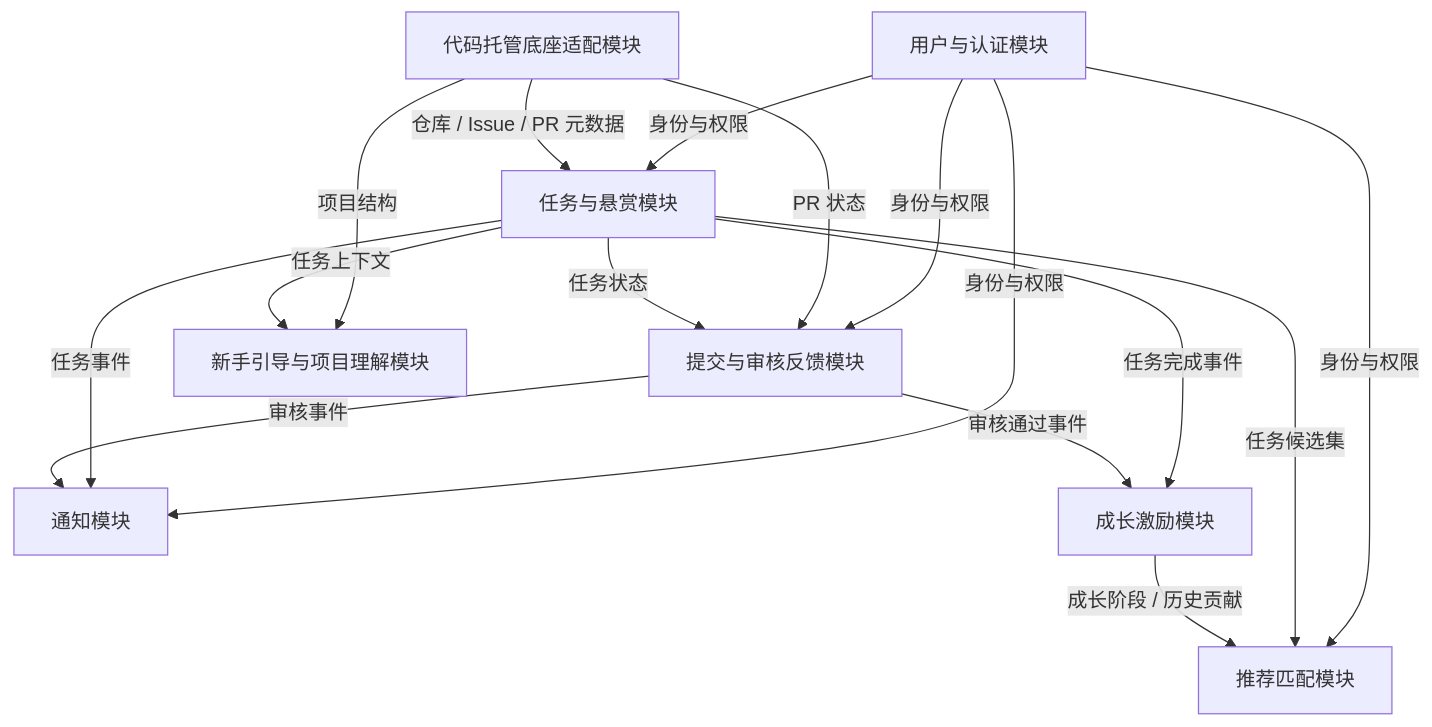
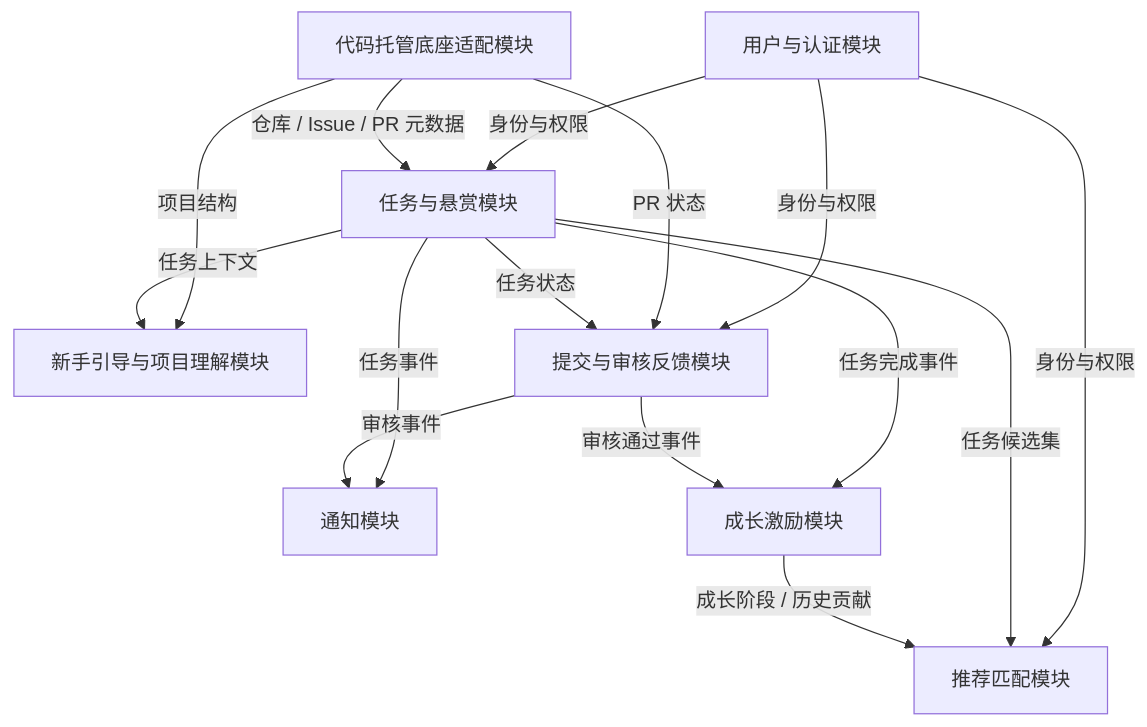
Before and after one commit to ZhenchangMin/Git-Guild: the third of 4 diagrams in docs/P2/架构设计文档.md, drawn with Mermaid. The commit also changed other lines of this file and 1 other file, not shown here.

````diff
--- a/docs/P2/架构设计文档.md
+++ b/docs/P2/架构设计文档.md
@@ -147,31 +151,33 @@
 ```mermaid
-flowchart TD
+flowchart TB
     Auth[用户与认证模块]
     Repo[代码托管底座适配模块]
+
     Task[任务与悬赏模块]
-    Rec[推荐匹配模块]
+    Guide[新手引导与项目理解模块]
     Review[提交与审核反馈模块]
-    Guide[新手引导与项目理解模块]
+
     Notify[通知模块]
     Growth[成长激励模块]
+    Rec[推荐匹配模块]
 
     Auth -->|身份与权限| Task
     Auth -->|身份与权限| Review
     Auth -->|身份与权限| Rec
-    Auth -->|身份与权限| Notify
 
     Repo -->|仓库 / Issue / PR 元数据| Task
+    Repo -->|项目结构| Guide
     Repo -->|PR 状态| Review
-    Repo -->|项目结构| Guide
 
-    Task -->|任务候选集| Rec
+    Task -->|任务上下文| Guide
     Task -->|任务状态| Review
     Task -->|任务事件| Notify
     Task -->|任务完成事件| Growth
-    Task -->|任务上下文| Guide
+    Task -->|任务候选集| Rec
 
     Review -->|审核事件| Notify
     Review -->|审核通过事件| Growth
 
     Growth -->|成长阶段 / 历史贡献| Rec
+
 ```
````
